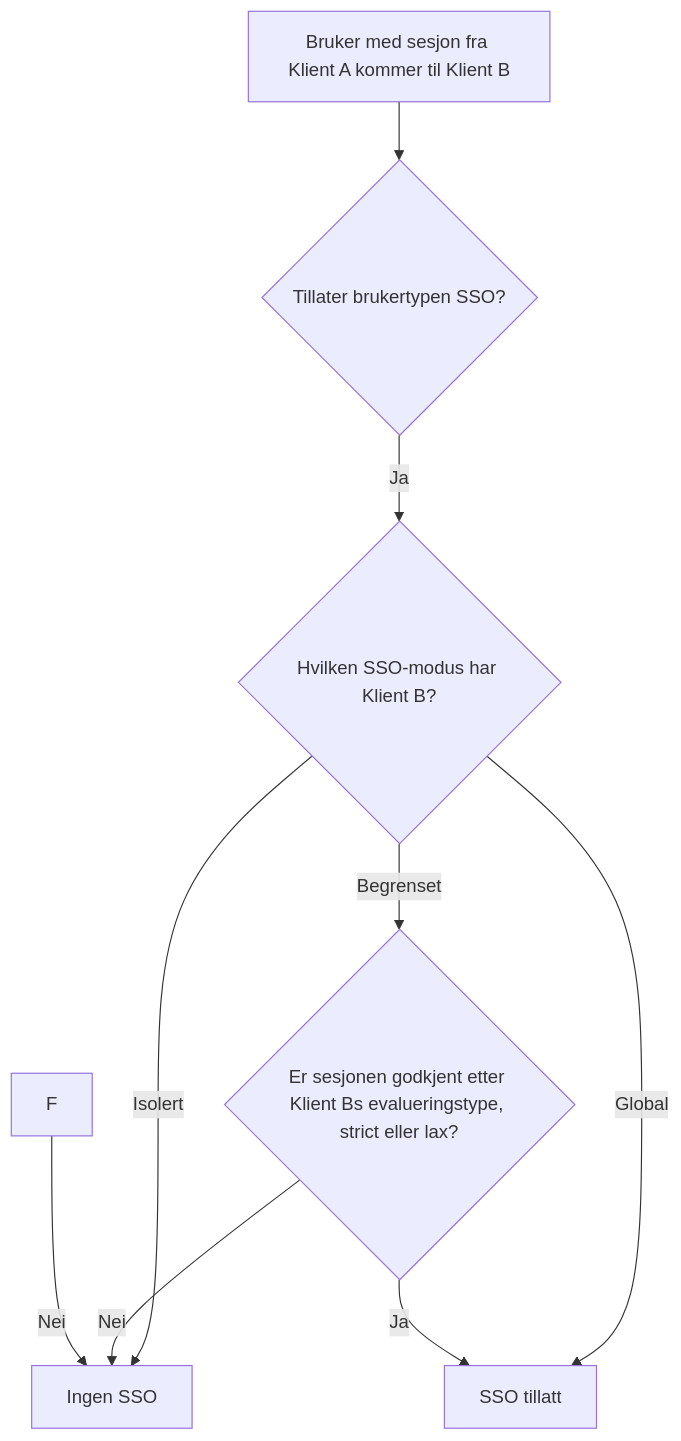
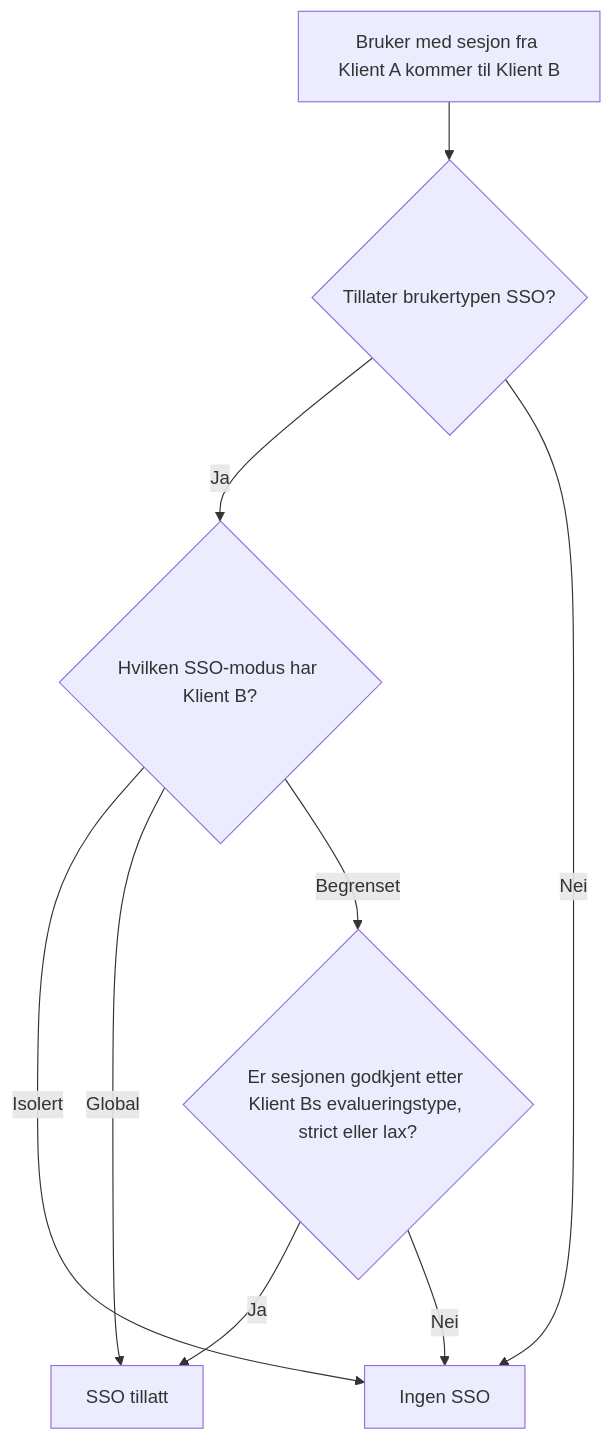
Before and after one commit to felleslosninger/docs: the diagram in _docs/idporten/oidc/oidc_sso_grupper.md, drawn with Mermaid.

```diff
--- a/_docs/idporten/oidc/oidc_sso_grupper.md
+++ b/_docs/idporten/oidc/oidc_sso_grupper.md
@@ -70,11 +70,11 @@
 <div class="mermaid">
 graph TD
     A[Bruker med sesjon fra Klient A kommer til Klient B] --> B{Tillater brukertypen SSO?}
     B -- Ja --> C{Hvilken SSO-modus har Klient B?}
     C -- Isolert --> X[Ingen SSO]
     C -- Global --> D[SSO tillatt]
     C -- Begrenset --> E{Er sesjonen godkjent etter Klient Bs evalueringstype, strict eller lax?}
     E -- Ja --> D
     E -- Nei --> X
-    F -- Nei --> X
+    B -- Nei --> X
 </div>
```
